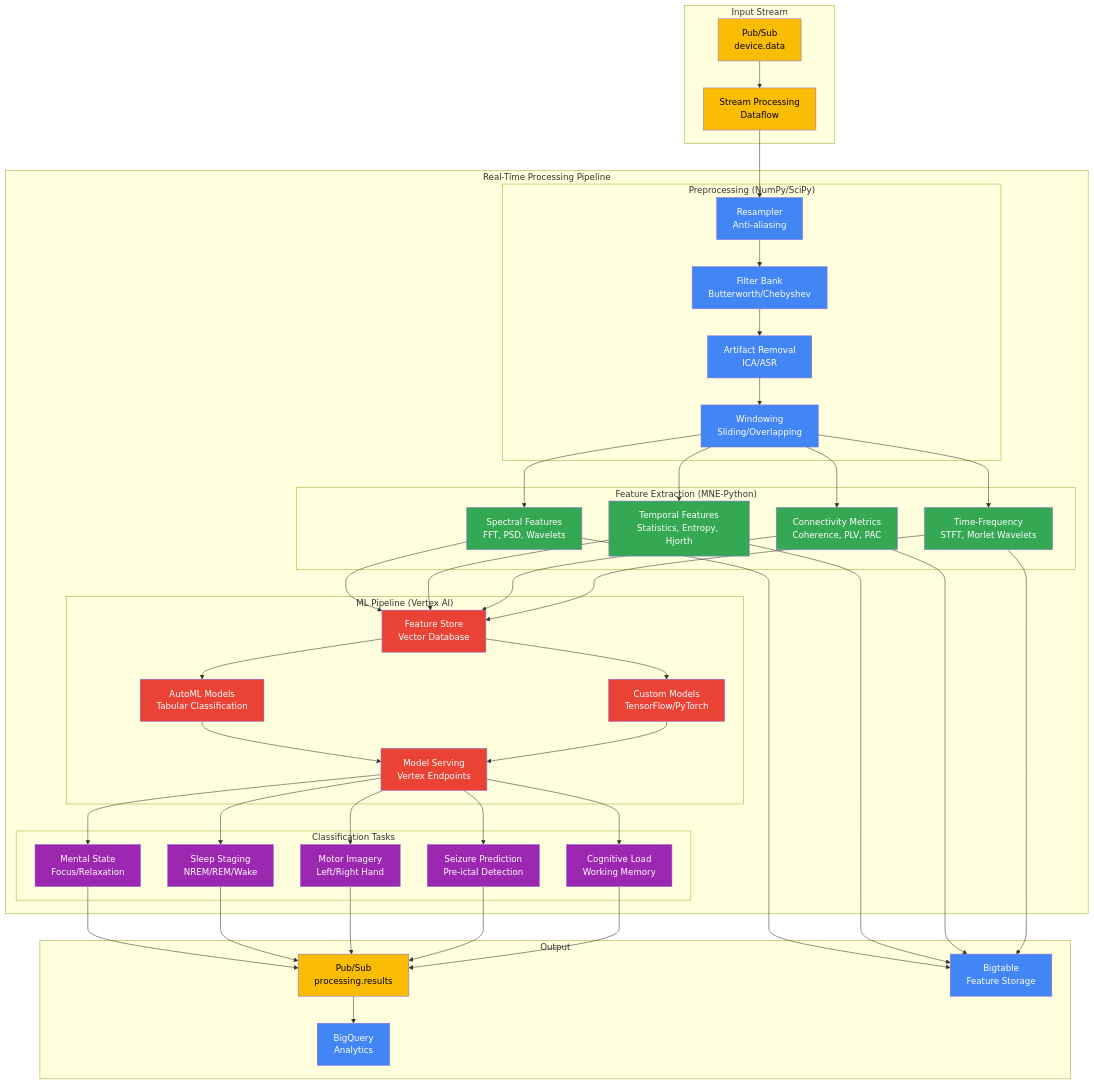
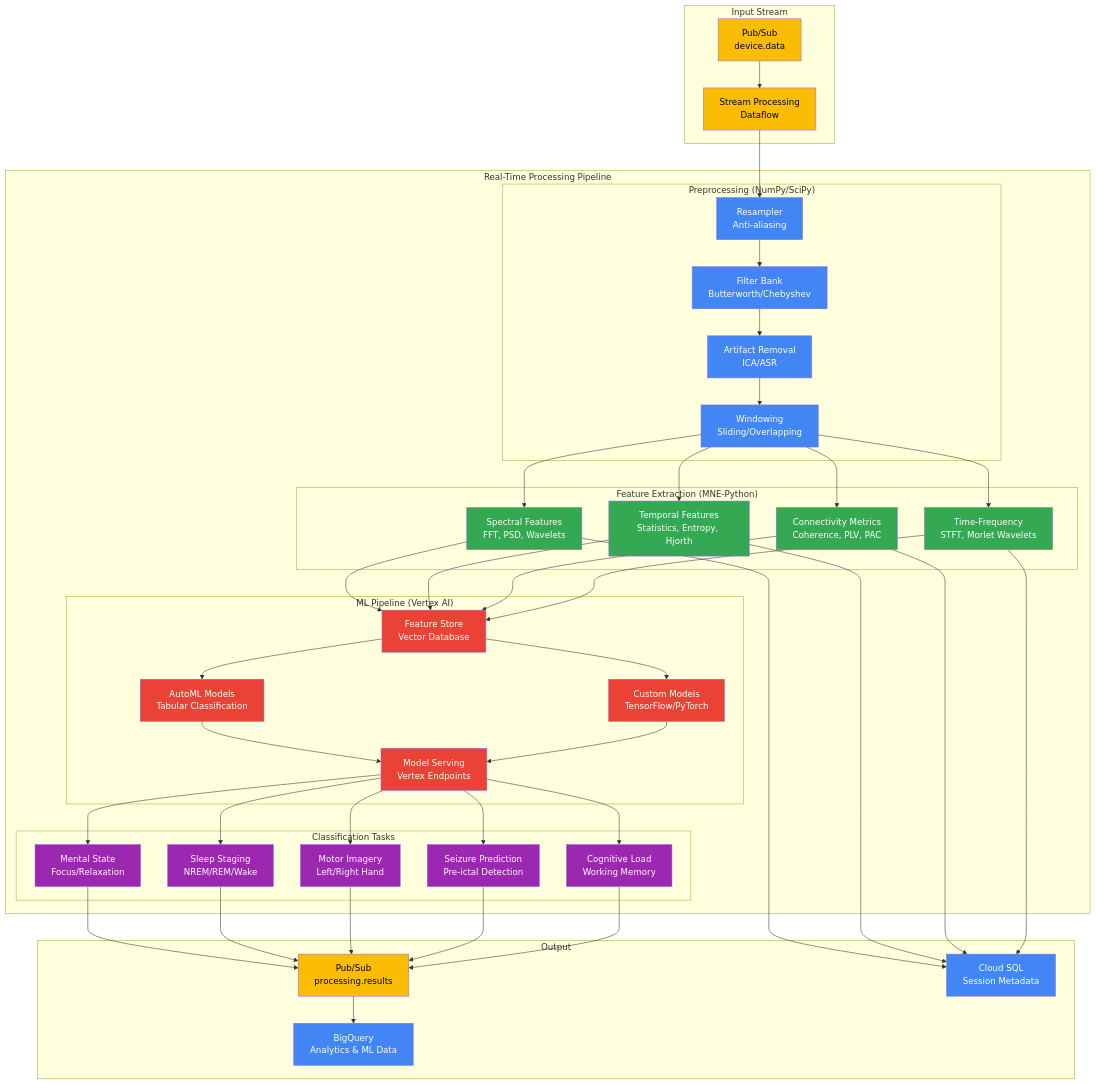
One commit to identity-wael/neurascale changed the sixth of 15 diagrams in docs-nextra/src/content/architecture.mdx. Above: the diagram before and after it, drawn with Mermaid. The commit also changed other lines of this file and 1 other file, not shown here.

```diff
--- a/docs-nextra/src/content/architecture.mdx
+++ b/docs-nextra/src/content/architecture.mdx
@@ -456,8 +456,8 @@
 
     subgraph "Output"
         OUT1[Pub/Sub<br/>processing.results]
-        OUT2[Bigtable<br/>Feature Storage]
-        OUT3[BigQuery<br/>Analytics]
+        OUT2[Cloud SQL<br/>Session Metadata]
+        OUT3[BigQuery<br/>Analytics & ML Data]
     end
 
     PS1 --> PS2
```
